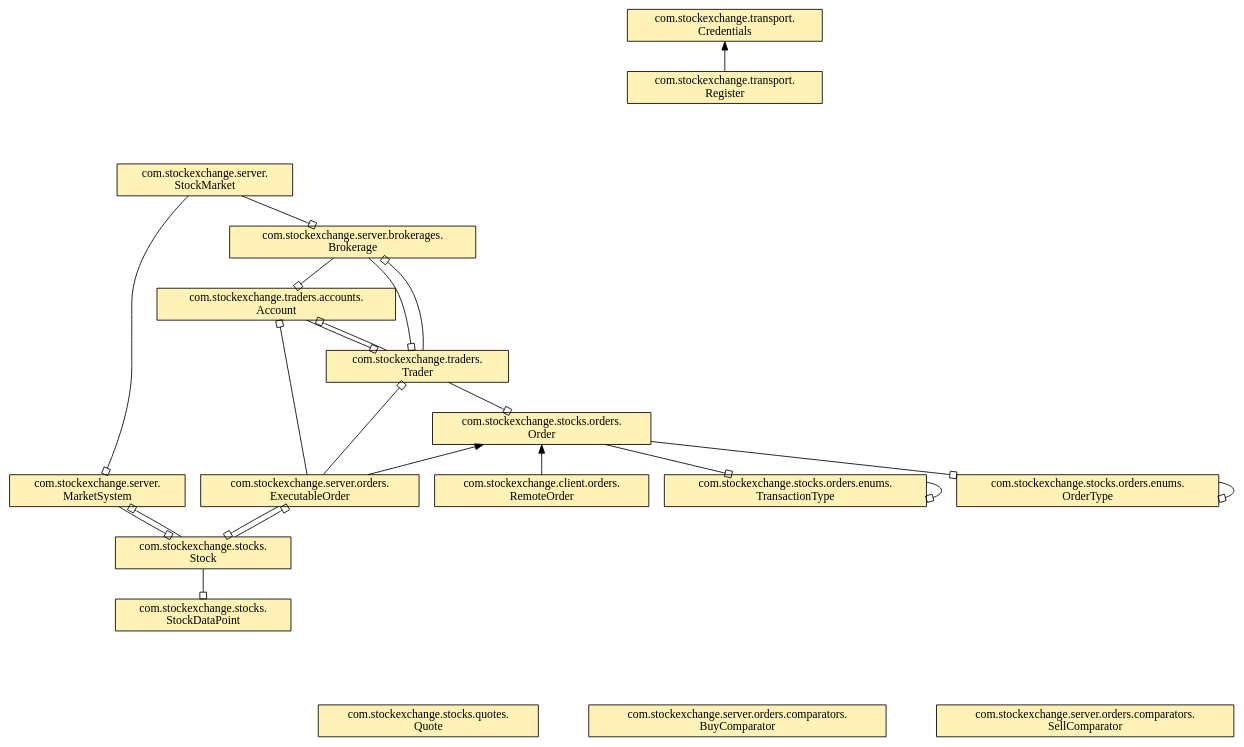
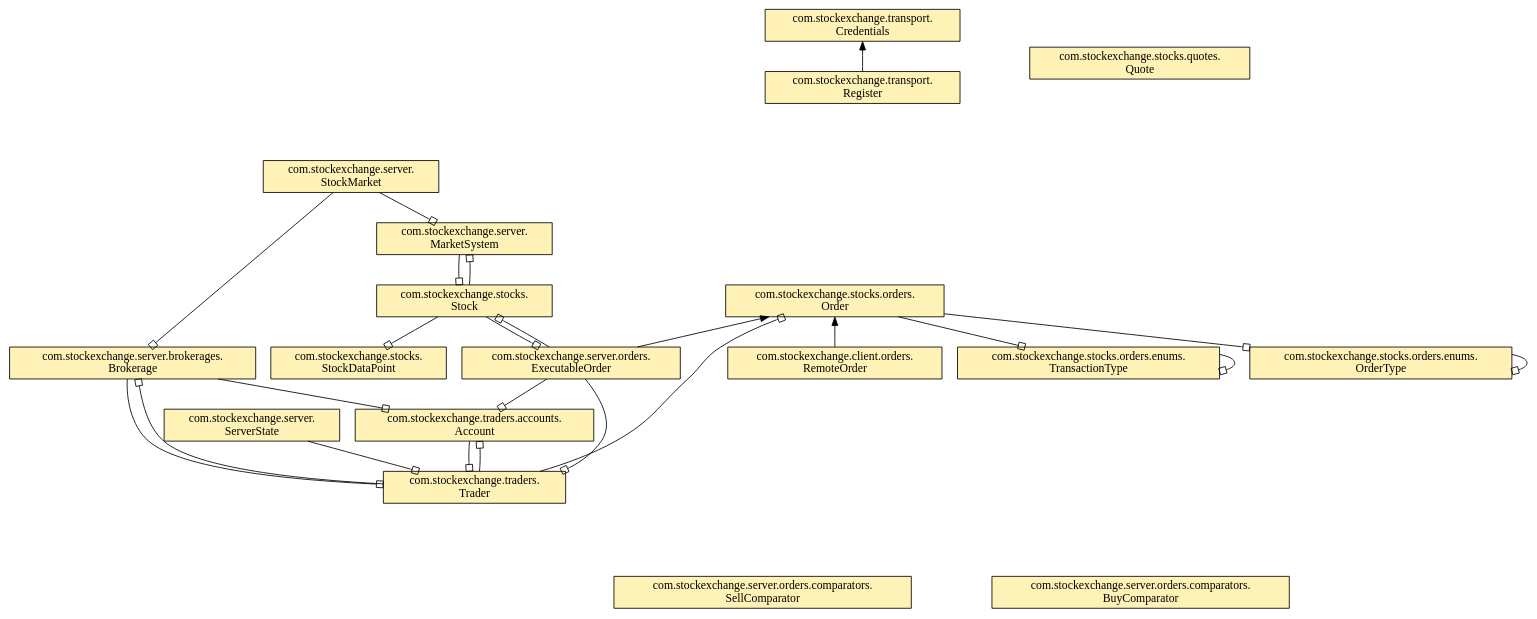
The diagram in build/doc.dot (rhino1998/StockExchange), drawn with Graphviz before and after one commit. The commit also changed 19 other files, not shown here.

```diff
--- a/build/doc.dot
+++ b/build/doc.dot
@@ -1,54 +1,56 @@
 digraph {
 size="2000.0,2000.0";
 layout=dot;
 rankdir="BT";
 overlap=false;
 splines=true;
 pack=true;
 
 node[shape=box,style=filled,fillcolor="#fff2b6"];
+  "com.stockexchange.server.\nServerState"
+  "com.stockexchange.server.brokerages.\nBrokerage"
+  "com.stockexchange.server.\nMarketSystem"
+  "com.stockexchange.stocks.\nStock"
+  "com.stockexchange.server.orders.comparators.\nBuyComparator"
+  "com.stockexchange.traders.\nTrader"
+  "com.stockexchange.server.orders.\nExecutableOrder"
+  "com.stockexchange.transport.\nRegister"
   "com.stockexchange.stocks.\nStockDataPoint"
   "com.stockexchange.server.orders.comparators.\nSellComparator"
-  "com.stockexchange.server.brokerages.\nBrokerage"
-  "com.stockexchange.server.\nMarketSystem"
   "com.stockexchange.client.orders.\nRemoteOrder"
   "com.stockexchange.stocks.orders.\nOrder"
   "com.stockexchange.stocks.orders.enums.\nTransactionType"
-  "com.stockexchange.stocks.\nStock"
   "com.stockexchange.stocks.orders.enums.\nOrderType"
   "com.stockexchange.traders.accounts.\nAccount"
-  "com.stockexchange.server.orders.comparators.\nBuyComparator"
   "com.stockexchange.stocks.quotes.\nQuote"
   "com.stockexchange.transport.\nCredentials"
-  "com.stockexchange.traders.\nTrader"
-  "com.stockexchange.server.orders.\nExecutableOrder"
   "com.stockexchange.server.\nStockMarket"
-  "com.stockexchange.transport.\nRegister"
 
 node[shape=diamond,style=filled,fillcolor="#b6e7ff"];
 
 node[shape=oval,style=filled,fillcolor="#f3c9ff"];
 
+  "com.stockexchange.traders.\nTrader" -> "com.stockexchange.server.\nServerState" [arrowtail=obox, dir=back]
   "com.stockexchange.traders.\nTrader" -> "com.stockexchange.server.brokerages.\nBrokerage" [arrowtail=obox, dir=back]
   "com.stockexchange.traders.accounts.\nAccount" -> "com.stockexchange.server.brokerages.\nBrokerage" [arrowtail=obox, dir=back]
   "com.stockexchange.stocks.\nStock" -> "com.stockexchange.server.\nMarketSystem" [arrowtail=obox, dir=back]
-  "com.stockexchange.client.orders.\nRemoteOrder" -> "com.stockexchange.stocks.orders.\nOrder"
-  "com.stockexchange.stocks.orders.enums.\nOrderType" -> "com.stockexchange.stocks.orders.\nOrder" [arrowtail=obox, dir=back]
-  "com.stockexchange.stocks.orders.enums.\nTransactionType" -> "com.stockexchange.stocks.orders.\nOrder" [arrowtail=obox, dir=back]
-  "com.stockexchange.stocks.orders.enums.\nTransactionType" -> "com.stockexchange.stocks.orders.enums.\nTransactionType" [arrowtail=obox, dir=back]
   "com.stockexchange.server.orders.\nExecutableOrder" -> "com.stockexchange.stocks.\nStock" [arrowtail=obox, dir=back]
   "com.stockexchange.stocks.\nStockDataPoint" -> "com.stockexchange.stocks.\nStock" [arrowtail=obox, dir=back]
   "com.stockexchange.server.\nMarketSystem" -> "com.stockexchange.stocks.\nStock" [arrowtail=obox, dir=back]
-  "com.stockexchange.stocks.orders.enums.\nOrderType" -> "com.stockexchange.stocks.orders.enums.\nOrderType" [arrowtail=obox, dir=back]
-  "com.stockexchange.traders.\nTrader" -> "com.stockexchange.traders.accounts.\nAccount" [arrowtail=obox, dir=back]
   "com.stockexchange.server.brokerages.\nBrokerage" -> "com.stockexchange.traders.\nTrader" [arrowtail=obox, dir=back]
   "com.stockexchange.traders.accounts.\nAccount" -> "com.stockexchange.traders.\nTrader" [arrowtail=obox, dir=back]
   "com.stockexchange.stocks.orders.\nOrder" -> "com.stockexchange.traders.\nTrader" [arrowtail=obox, dir=back]
   "com.stockexchange.server.orders.\nExecutableOrder" -> "com.stockexchange.stocks.orders.\nOrder"
   "com.stockexchange.traders.\nTrader" -> "com.stockexchange.server.orders.\nExecutableOrder" [arrowtail=obox, dir=back]
   "com.stockexchange.traders.accounts.\nAccount" -> "com.stockexchange.server.orders.\nExecutableOrder" [arrowtail=obox, dir=back]
   "com.stockexchange.stocks.\nStock" -> "com.stockexchange.server.orders.\nExecutableOrder" [arrowtail=obox, dir=back]
+  "com.stockexchange.transport.\nRegister" -> "com.stockexchange.transport.\nCredentials"
+  "com.stockexchange.client.orders.\nRemoteOrder" -> "com.stockexchange.stocks.orders.\nOrder"
+  "com.stockexchange.stocks.orders.enums.\nOrderType" -> "com.stockexchange.stocks.orders.\nOrder" [arrowtail=obox, dir=back]
+  "com.stockexchange.stocks.orders.enums.\nTransactionType" -> "com.stockexchange.stocks.orders.\nOrder" [arrowtail=obox, dir=back]
+  "com.stockexchange.stocks.orders.enums.\nTransactionType" -> "com.stockexchange.stocks.orders.enums.\nTransactionType" [arrowtail=obox, dir=back]
+  "com.stockexchange.stocks.orders.enums.\nOrderType" -> "com.stockexchange.stocks.orders.enums.\nOrderType" [arrowtail=obox, dir=back]
+  "com.stockexchange.traders.\nTrader" -> "com.stockexchange.traders.accounts.\nAccount" [arrowtail=obox, dir=back]
   "com.stockexchange.server.\nMarketSystem" -> "com.stockexchange.server.\nStockMarket" [arrowtail=obox, dir=back]
   "com.stockexchange.server.brokerages.\nBrokerage" -> "com.stockexchange.server.\nStockMarket" [arrowtail=obox, dir=back]
-  "com.stockexchange.transport.\nRegister" -> "com.stockexchange.transport.\nCredentials"
 }
```
